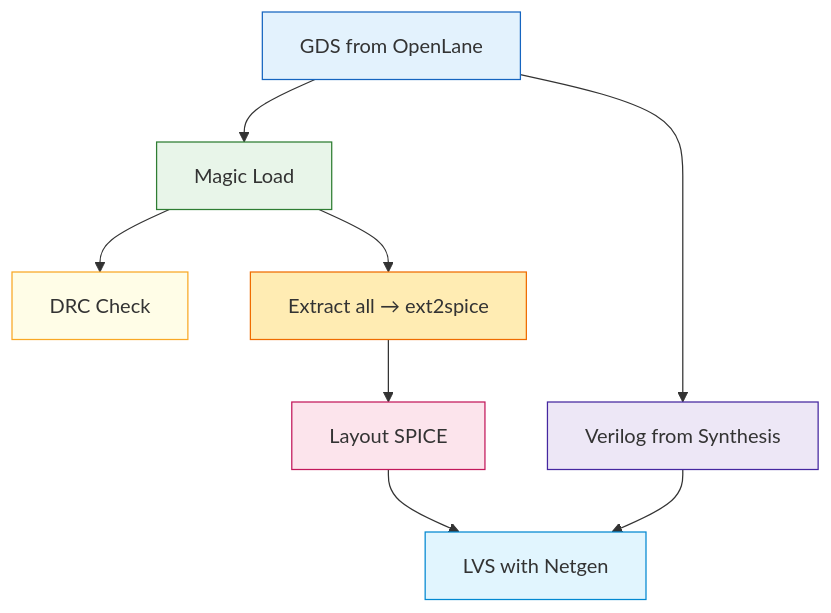
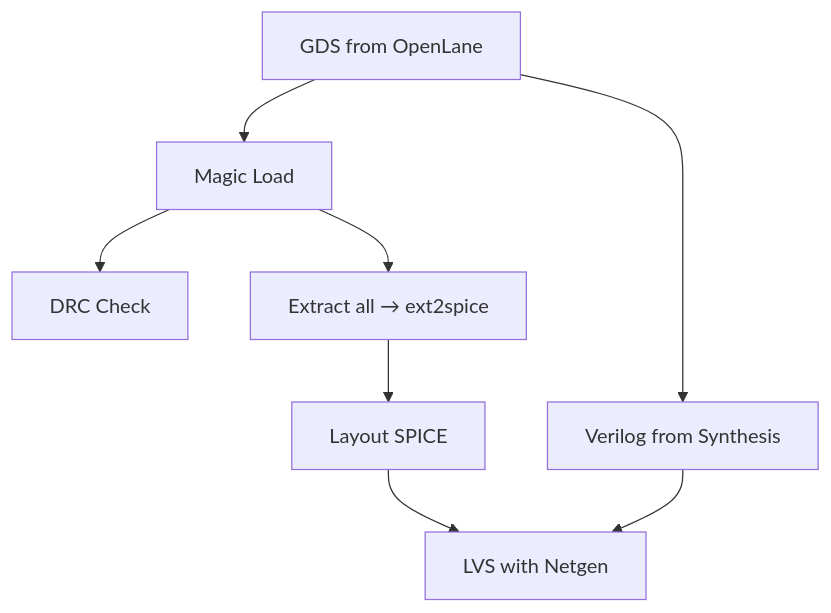
The diagram in e_chapter0_environment_setup/07_magic_lvs_drc_setup.md (Samizo-AITL/Edusemi-v4x), drawn with Mermaid before and after one commit. The commit also changed other lines of this file, not shown here.

````diff
--- a/e_chapter0_environment_setup/07_magic_lvs_drc_setup.md
+++ b/e_chapter0_environment_setup/07_magic_lvs_drc_setup.md
@@ -121,18 +75,10 @@
 ```mermaid
 graph TD
     A[GDS from OpenLane] --> B[Magic Load]
     B --> C[DRC Check]
     B --> D[Extract all → ext2spice]
     D --> E[Layout SPICE]
     A --> F[Verilog from Synthesis]
     E --> G[LVS with Netgen]
     F --> G
-
-    style A fill:#e3f2fd,stroke:#1565c0
-    style B fill:#e8f5e9,stroke:#2e7d32
-    style C fill:#fffde7,stroke:#f9a825
-    style D fill:#ffecb3,stroke:#ef6c00
-    style E fill:#fce4ec,stroke:#c2185b
-    style F fill:#ede7f6,stroke:#4527a0
-    style G fill:#e1f5fe,stroke:#0288d1
 ```
````
